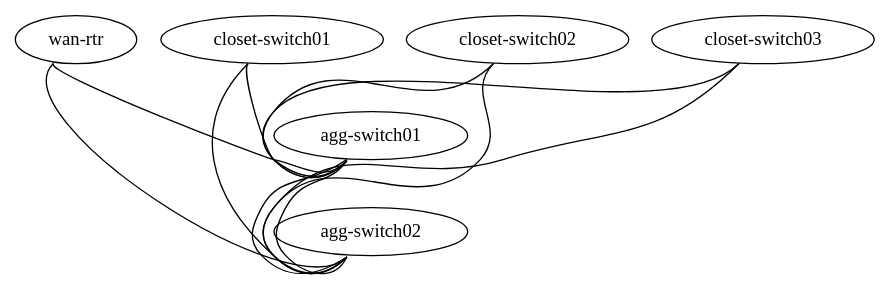
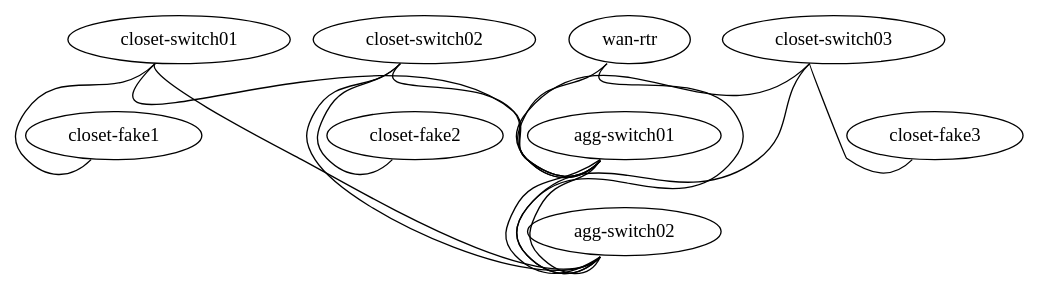
The diagram in vx-simulation/closet-switch-design-l3.dot (chronot1995/closet-switch-design-l3), drawn with Graphviz before and after one commit. The commit also changed 4 other files, not shown here.

```diff
--- a/vx-simulation/closet-switch-design-l3.dot
+++ b/vx-simulation/closet-switch-design-l3.dot
@@ -1,20 +1,25 @@
 graph training {
  "agg-switch01" [function="leaf" os="CumulusCommunity/cumulus-vx" version="3.7.2" memory="768" config="./helper_scripts/extra_switch_config.sh" mgmt_ip="192.168.200.1"]
  "agg-switch02" [function="leaf" os="CumulusCommunity/cumulus-vx" version="3.7.2" memory="768" config="./helper_scripts/extra_switch_config.sh" mgmt_ip="192.168.200.2"]
  "wan-rtr" [function="leaf" os="CumulusCommunity/cumulus-vx" version="3.7.2" memory="768" config="./helper_scripts/extra_switch_config.sh" mgmt_ip="192.168.200.10"]
  "closet-switch01" [function="leaf" os="CumulusCommunity/cumulus-vx" version="3.7.2" memory="768" config="./helper_scripts/extra_switch_config.sh" mgmt_ip="192.168.200.11"]
  "closet-switch02" [function="leaf" os="CumulusCommunity/cumulus-vx" version="3.7.2" memory="768" config="./helper_scripts/extra_switch_config.sh" mgmt_ip="192.168.200.12"]
  "closet-switch03" [function="leaf" os="CumulusCommunity/cumulus-vx" version="3.7.2" memory="768" config="./helper_scripts/extra_switch_config.sh" mgmt_ip="192.168.200.13"]
+ "closet-fake1" [function="fake"]
+ "closet-fake2" [function="fake"]
+ "closet-fake3" [function="fake"]
 
  "wan-rtr":"swp40" -- "agg-switch01":"swp40"
  "wan-rtr":"swp41" -- "agg-switch02":"swp40"
  "agg-switch01":"swp1" -- "agg-switch02":"swp1"
  "agg-switch01":"swp2" -- "agg-switch02":"swp2"
  "closet-switch01":"swp11" -- "agg-switch01":"swp11"
  "closet-switch01":"swp12" -- "agg-switch02":"swp11"
  "closet-switch02":"swp21" -- "agg-switch01":"swp22"
  "closet-switch02":"swp22" -- "agg-switch02":"swp22"
  "closet-switch03":"swp31" -- "agg-switch01":"swp33"
  "closet-switch03":"swp32" -- "agg-switch02":"swp33"
-
+ "closet-switch01":"swp7" -- "closet-fake1":"swp7"
+ "closet-switch02":"swp7" -- "closet-fake2":"swp7"
+ "closet-switch03":"swp7" -- "closet-fake3":"swp7"
  }
```
